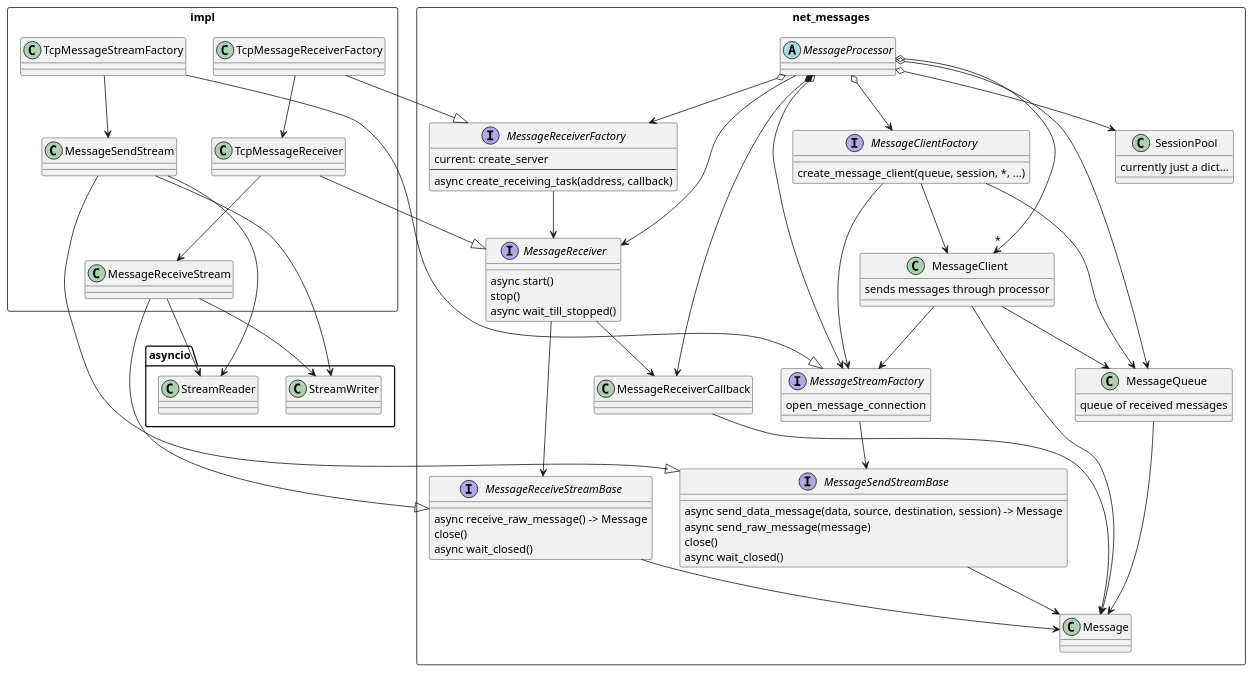
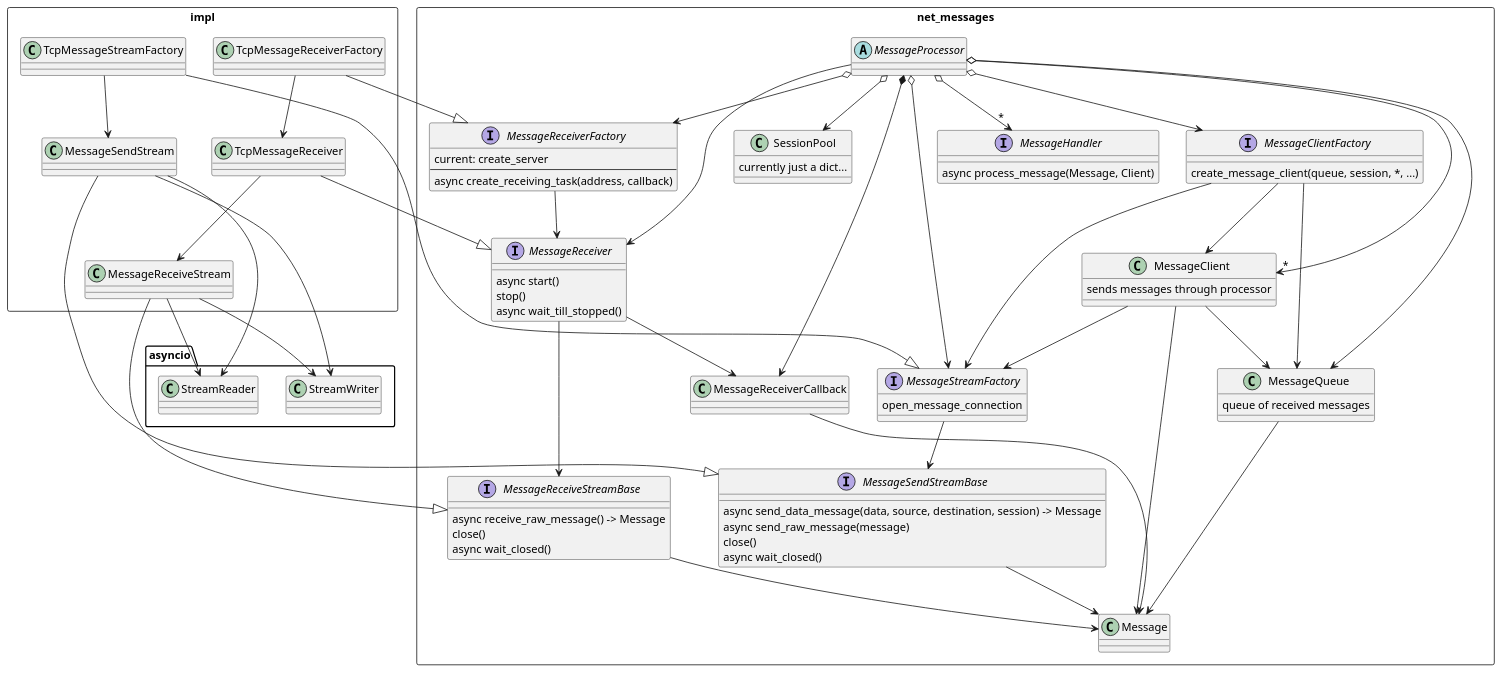
Before and after one commit to pedohorse/lifeblood: the diagram in docs/source/diagrams/messages.puml, drawn with PlantUML.

Commit message:
updated diagram to include MessageHandler class

```diff
--- a/docs/source/diagrams/messages.puml
+++ b/docs/source/diagrams/messages.puml
@@ -1,113 +1,114 @@
 @startuml
-
-
-
 rectangle "net_messages"{
   'class MessageData << (D,lightblue) >>
   class MessageClient{
     sends messages through processor
   }
 
   interface MessageReceiver{
     async start()
     stop()
     async wait_till_stopped()
   }
   class MessageReceiverCallback
   abstract MessageProcessor
-  
+
   'interface IMessage
   class Message
 
   class SessionPool{
     currently just a dict...
   }
   class MessageQueue{
     queue of received messages
   }
 
   interface MessageStreamFactory{
     open_message_connection
   }
   interface MessageReceiverFactory{
     current: create_server
     --
     async create_receiving_task(address, callback)
   }
   interface MessageClientFactory{
     create_message_client(queue, session, *, ...)
   }
   interface MessageSendStreamBase{
     async send_data_message(data, source, destination, session) -> Message
     async send_raw_message(message)
     close()
     async wait_closed()
   }
   interface MessageReceiveStreamBase{
     async receive_raw_message() -> Message
     close()
     async wait_closed()
   }
+  interface MessageHandler{
+    async process_message(Message, Client)
+  }
 }
 
 'Message --|> IMessage
 
 MessageClientFactory --> MessageStreamFactory
 MessageClientFactory --> MessageQueue
 MessageClientFactory --> MessageClient
 
 MessageClient --> Message
 MessageClient --> MessageStreamFactory
 MessageClient --> MessageQueue
 'MessageClient --> MessageData
 
 MessageProcessor o--> MessageReceiverFactory
 MessageProcessor o--> MessageStreamFactory
 MessageProcessor o--> MessageClientFactory
 MessageProcessor o--> SessionPool
 MessageProcessor o--> MessageQueue
 MessageProcessor o--> "*" MessageClient
 MessageProcessor --> MessageReceiver
 MessageProcessor *--> MessageReceiverCallback
+
+MessageProcessor o--> "*" MessageHandler
 
 MessageQueue --> Message
 
 MessageReceiverCallback --> Message
 
 MessageReceiverFactory --> MessageReceiver
 
 MessageReceiver --> MessageReceiverCallback
 MessageReceiver --> MessageReceiveStreamBase
 
 MessageStreamFactory --> MessageSendStreamBase
 
 MessageSendStreamBase --> Message
 MessageReceiveStreamBase --> Message
 
 
 class asyncio.StreamReader
 class asyncio.StreamWriter
 
 rectangle impl {
   'TcpMessageSender --|> MessageStream
   TcpMessageReceiver --|> MessageReceiver
   TcpMessageStreamFactory --|> MessageStreamFactory
   TcpMessageReceiverFactory --|> MessageReceiverFactory
 
   MessageSendStream --|> MessageSendStreamBase
   MessageReceiveStream --|> MessageReceiveStreamBase
 
   TcpMessageReceiverFactory --> TcpMessageReceiver
   TcpMessageReceiver --> MessageReceiveStream
 
   TcpMessageStreamFactory --> MessageSendStream
 
   MessageSendStream --> asyncio.StreamReader
   MessageSendStream --> asyncio.StreamWriter
   MessageReceiveStream --> asyncio.StreamReader
   MessageReceiveStream --> asyncio.StreamWriter
 
-  
+
 }
-
 @enduml
```
